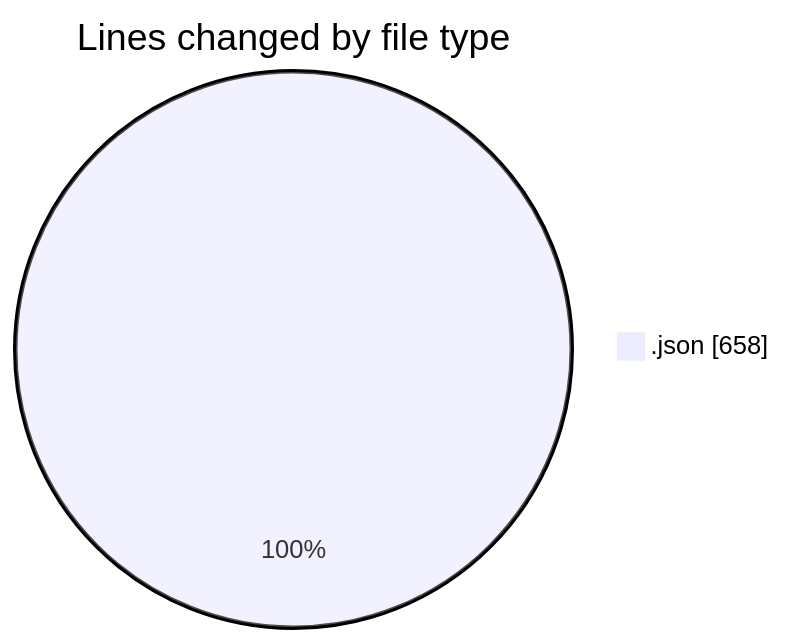
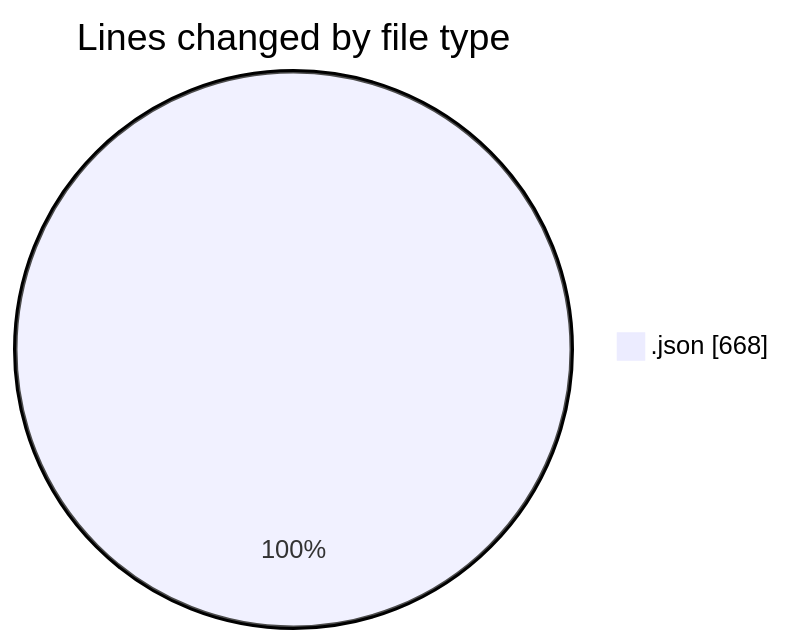
Before and after one commit to EIIisD/code-tracking: the first of 2 diagrams in 2025-08-14/fresh_start/README.md, drawn with Mermaid. The commit also changed other lines of this file and 1 other file, not shown here.

````diff
--- a/2025-08-14/fresh_start/README.md
+++ b/2025-08-14/fresh_start/README.md
@@ -22,5 +22,5 @@
 ```mermaid
 pie showData
 title Lines changed by file type
-".json" : 658
+".json" : 668
 ```
````
